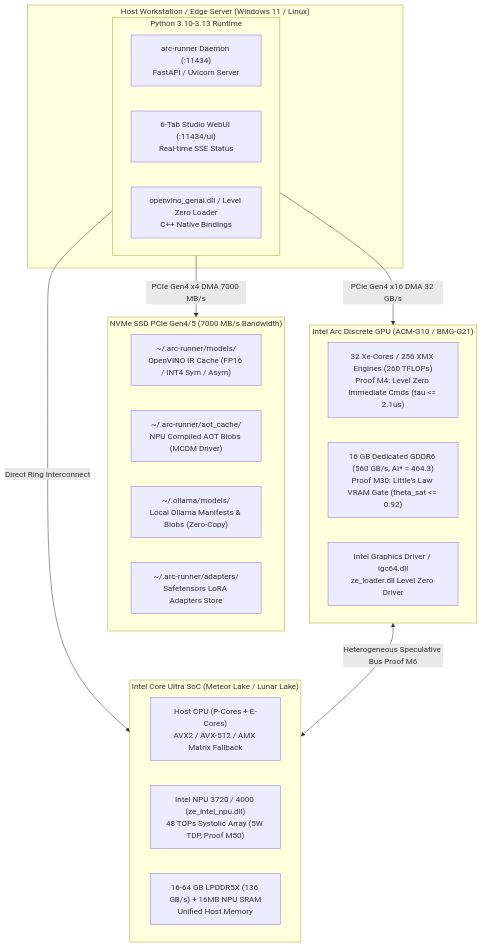
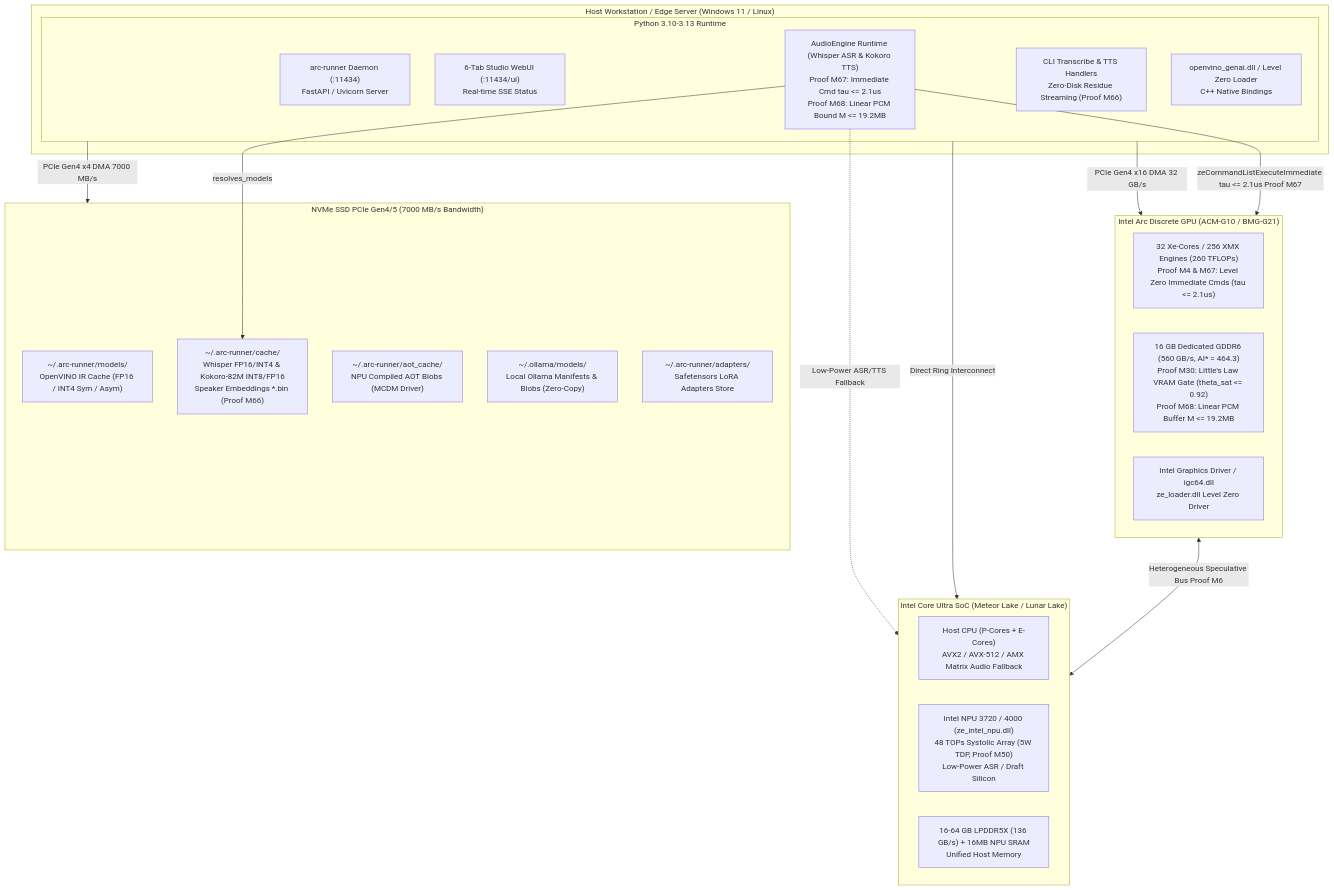
The seventh of 13 diagrams in docs/diagrams/README.md (techdeveloper-org/intel-arc-models-runner), drawn with Mermaid before and after one commit. The commit also changed other lines of this file and 26 other files, not shown here.

First line of the commit message:
feat(diagrams): synchronize full 13-diagram architecture suite with audio engine (fixes #26)

````diff
--- a/docs/diagrams/README.md
+++ b/docs/diagrams/README.md
@@ -360,34 +560,60 @@
 ```mermaid
 flowchart TD
     subgraph HostSystem ["Host Workstation / Edge Server (Windows 11 / Linux)"]
         subgraph DaemonRuntime ["Python 3.10-3.13 Runtime"]
-            Daemon["arc-runner Daemon (:11434)\nFastAPI / Uvicorn Server"]
-            Studio["6-Tab Studio WebUI (:11434/ui)\nReal-time SSE Status"]
-            OVGenAIDLL["openvino_genai.dll / Level Zero Loader\nC++ Native Bindings"]
+            Daemon["arc-runner Daemon (:11434)
+FastAPI / Uvicorn Server"]
+            Studio["6-Tab Studio WebUI (:11434/ui)
+Real-time SSE Status"]
+            AudioEngineRuntime["AudioEngine Runtime (Whisper ASR & Kokoro TTS)
+Proof M67: Immediate Cmd tau <= 2.1us
+Proof M68: Linear PCM Bound M <= 19.2MB"]
+            CLIAudioHandlers["CLI Transcribe & TTS Handlers
+Zero-Disk Residue Streaming (Proof M66)"]
+            OVGenAIDLL["openvino_genai.dll / Level Zero Loader
+C++ Native Bindings"]
         end
     end
 
     subgraph StorageSubsystem ["NVMe SSD PCIe Gen4/5 (7000 MB/s Bandwidth)"]
-        IRCache["~/.arc-runner/models/\nOpenVINO IR Cache (FP16 / INT4 Sym / Asym)"]
-        NPUCache["~/.arc-runner/aot_cache/\nNPU Compiled AOT Blobs (MCDM Driver)"]
-        OllamaManifests["~/.ollama/models/\nLocal Ollama Manifests & Blobs (Zero-Copy)"]
-        LoRAStore["~/.arc-runner/adapters/\nSafetensors LoRA Adapters Store"]
+        IRCache["~/.arc-runner/models/
+OpenVINO IR Cache (FP16 / INT4 Sym / Asym)"]
+        AudioModelStore["~/.arc-runner/cache/
+Whisper FP16/INT4 & Kokoro-82M INT8/FP16
+Speaker Embeddings *.bin (Proof M66)"]
+        NPUCache["~/.arc-runner/aot_cache/
+NPU Compiled AOT Blobs (MCDM Driver)"]
+        OllamaManifests["~/.ollama/models/
+Local Ollama Manifests & Blobs (Zero-Copy)"]
+        LoRAStore["~/.arc-runner/adapters/
+Safetensors LoRA Adapters Store"]
     end
 
     subgraph ArcGPU ["Intel Arc Discrete GPU (ACM-G10 / BMG-G21)"]
-        ArcSilicon["32 Xe-Cores / 256 XMX Engines (260 TFLOPs)\nProof M4: Level Zero Immediate Cmds (tau <= 2.1us)"]
-        ArcVRAM["16 GB Dedicated GDDR6 (560 GB/s, AI* = 464.3)\nProof M30: Little's Law VRAM Gate (theta_sat <= 0.92)"]
-        ArcDriver["Intel Graphics Driver / igc64.dll\nze_loader.dll Level Zero Driver"]
+        ArcSilicon["32 Xe-Cores / 256 XMX Engines (260 TFLOPs)
+Proof M4 & M67: Level Zero Immediate Cmds (tau <= 2.1us)"]
+        ArcVRAM["16 GB Dedicated GDDR6 (560 GB/s, AI* = 464.3)
+Proof M30: Little's Law VRAM Gate (theta_sat <= 0.92)
+Proof M68: Linear PCM Buffer M <= 19.2MB"]
+        ArcDriver["Intel Graphics Driver / igc64.dll
+ze_loader.dll Level Zero Driver"]
     end
 
     subgraph UltraSoC ["Intel Core Ultra SoC (Meteor Lake / Lunar Lake)"]
-        HostCPU["Host CPU (P-Cores + E-Cores)\nAVX2 / AVX-512 / AMX Matrix Fallback"]
-        IntelNPU["Intel NPU 3720 / 4000 (ze_intel_npu.dll)\n48 TOPs Systolic Array (5W TDP, Proof M50)"]
-        SharedRAM["16-64 GB LPDDR5X (136 GB/s) + 16MB NPU SRAM\nUnified Host Memory"]
+        HostCPU["Host CPU (P-Cores + E-Cores)
+AVX2 / AVX-512 / AMX Matrix Audio Fallback"]
+        IntelNPU["Intel NPU 3720 / 4000 (ze_intel_npu.dll)
+48 TOPs Systolic Array (5W TDP, Proof M50)
+Low-Power ASR / Draft Silicon"]
+        SharedRAM["16-64 GB LPDDR5X (136 GB/s) + 16MB NPU SRAM
+Unified Host Memory"]
     end
 
     DaemonRuntime -->|PCIe Gen4 x4 DMA 7000 MB/s| StorageSubsystem
+    AudioEngineRuntime -->|resolves_models| AudioModelStore
     DaemonRuntime -->|PCIe Gen4 x16 DMA 32 GB/s| ArcGPU
+    AudioEngineRuntime -->|zeCommandListExecuteImmediate tau <= 2.1us Proof M67| ArcGPU
+    AudioEngineRuntime -.->|Low-Power ASR/TTS Fallback| UltraSoC
     DaemonRuntime -->|Direct Ring Interconnect| UltraSoC
     ArcGPU <-->|Heterogeneous Speculative Bus Proof M6| UltraSoC
 ```
````
